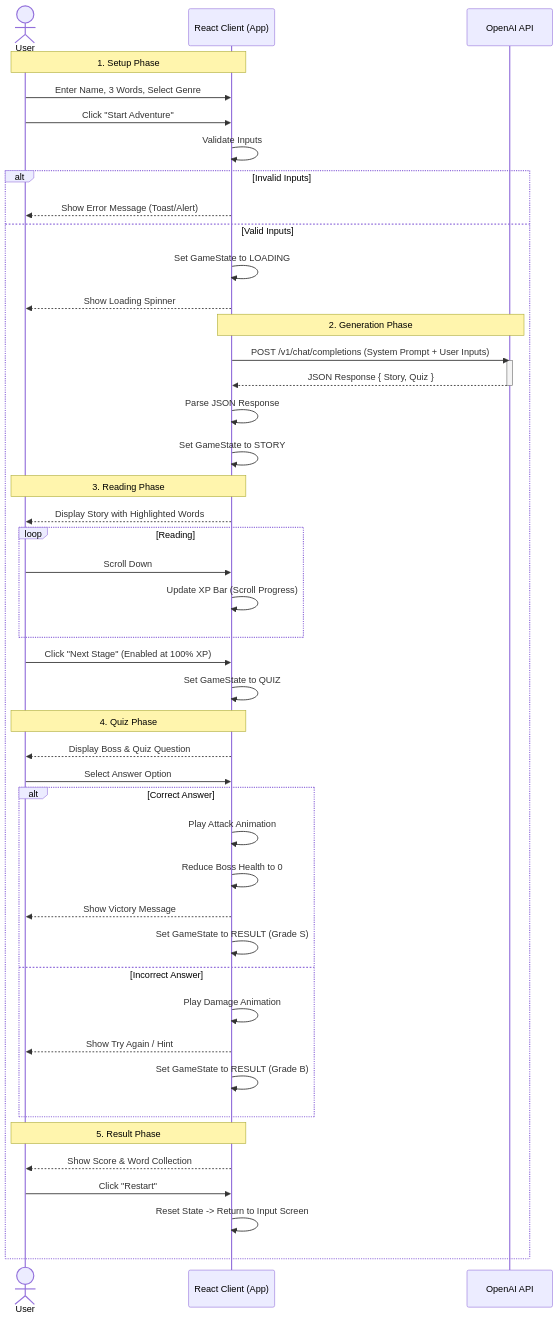
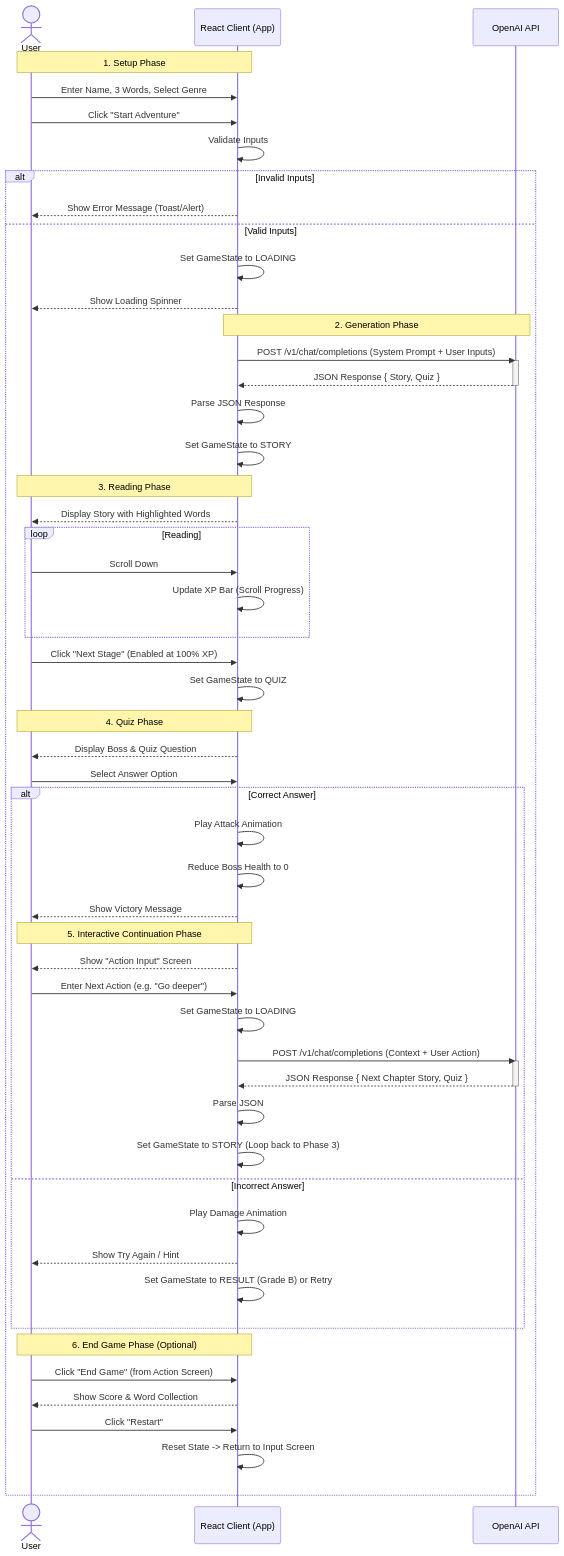
One commit to sigongjoa/Voca-Slayer changed the diagram in docs/sequence_diagram.md. Above: the diagram before and after it, drawn with Mermaid.

Commit message:
Fix: Update sequence diagram to reflect interactive story loop

````diff
--- a/docs/sequence_diagram.md
+++ b/docs/sequence_diagram.md
@@ -10,58 +10,72 @@
 ```mermaid
 sequenceDiagram
     actor User
     participant Client as React Client (App)
     participant API as OpenAI API
 
     Note over User, Client: 1. Setup Phase
     User->>Client: Enter Name, 3 Words, Select Genre
     User->>Client: Click "Start Adventure"
     Client->>Client: Validate Inputs
     
     alt Invalid Inputs
         Client-->>User: Show Error Message (Toast/Alert)
     else Valid Inputs
         Client->>Client: Set GameState to LOADING
         Client-->>User: Show Loading Spinner
         
         Note over Client, API: 2. Generation Phase
         Client->>API: POST /v1/chat/completions (System Prompt + User Inputs)
         activate API
         API-->>Client: JSON Response { Story, Quiz }
         deactivate API
         
         Client->>Client: Parse JSON Response
         Client->>Client: Set GameState to STORY
         
         Note over User, Client: 3. Reading Phase
         Client-->>User: Display Story with Highlighted Words
         
         loop Reading
             User->>Client: Scroll Down
             Client->>Client: Update XP Bar (Scroll Progress)
         end
         
         User->>Client: Click "Next Stage" (Enabled at 100% XP)
         Client->>Client: Set GameState to QUIZ
         
         Note over User, Client: 4. Quiz Phase
         Client-->>User: Display Boss & Quiz Question
         User->>Client: Select Answer Option
         
         alt Correct Answer
             Client->>Client: Play Attack Animation
             Client->>Client: Reduce Boss Health to 0
             Client-->>User: Show Victory Message
-            Client->>Client: Set GameState to RESULT (Grade S)
+            
+            Note over User, Client: 5. Interactive Continuation Phase
+            Client-->>User: Show "Action Input" Screen
+            User->>Client: Enter Next Action (e.g. "Go deeper")
+            Client->>Client: Set GameState to LOADING
+            
+            Client->>API: POST /v1/chat/completions (Context + User Action)
+            activate API
+            API-->>Client: JSON Response { Next Chapter Story, Quiz }
+            deactivate API
+            
+            Client->>Client: Parse JSON
+            Client->>Client: Set GameState to STORY (Loop back to Phase 3)
+            
         else Incorrect Answer
             Client->>Client: Play Damage Animation
             Client-->>User: Show Try Again / Hint
-            Client->>Client: Set GameState to RESULT (Grade B)
+            Client->>Client: Set GameState to RESULT (Grade B) or Retry
         end
         
-        Note over User, Client: 5. Result Phase
+        Note over User, Client: 6. End Game Phase (Optional)
+        User->>Client: Click "End Game" (from Action Screen)
         Client-->>User: Show Score & Word Collection
         User->>Client: Click "Restart"
         Client->>Client: Reset State -> Return to Input Screen
     end
 ```
````
